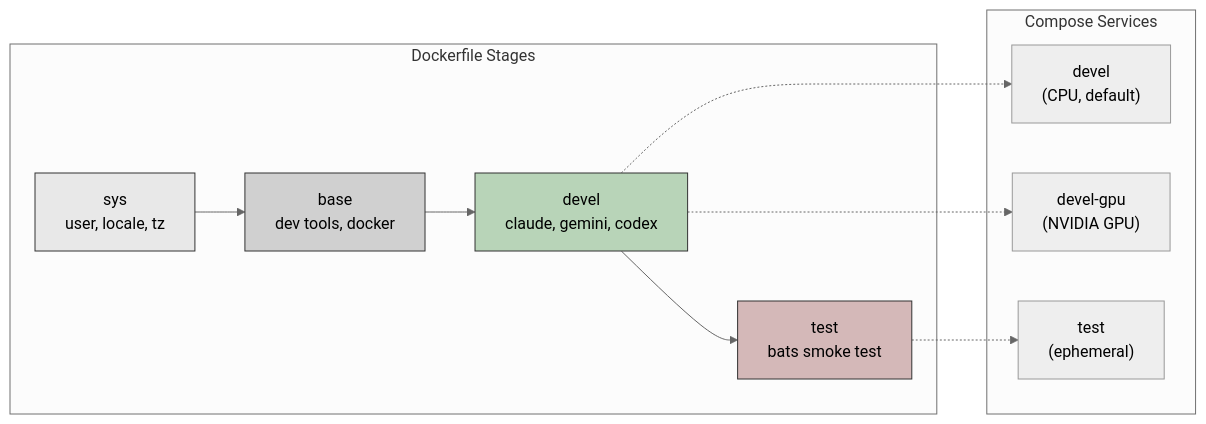
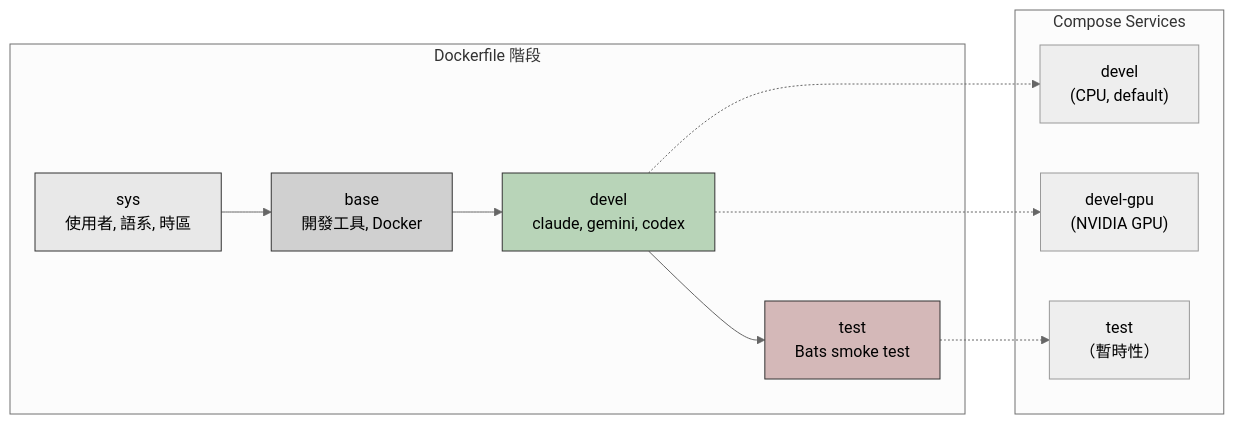
The second of 3 diagrams in doc/README.zh-TW.md (ycpss91255-docker/ai_agent), drawn with Mermaid (neutral theme) before and after one commit. The commit also changed other lines of this file and 2 other files, not shown here.

First line of the commit message:
docs: keep 'smoke test' as proper noun in i18n

````diff
--- a/doc/README.zh-TW.md
+++ b/doc/README.zh-TW.md
@@ -77,26 +77,26 @@
 ```mermaid
 graph LR
-    subgraph "Dockerfile Stages"
-        sys["sys<br/>user, locale, tz"]
-        base["base<br/>dev tools, docker"]
+    subgraph "Dockerfile 階段"
+        sys["sys<br/>使用者, 語系, 時區"]
+        base["base<br/>開發工具, Docker"]
         devel["devel<br/>claude, gemini, codex"]
-        test["test<br/>bats smoke test"]
+        test["test<br/>Bats smoke test"]
     end
 
     sys --> base --> devel --> test
 
     subgraph "Compose Services"
         S_CPU["devel<br/>(CPU, default)"]
         S_GPU["devel-gpu<br/>(NVIDIA GPU)"]
-        S_Test["test<br/>(ephemeral)"]
+        S_Test["test<br/>（暫時性）"]
     end
 
     devel -.-> S_CPU
     devel -.-> S_GPU
     test -.-> S_Test
 
     style sys fill:#e8e8e8,stroke:#333
     style base fill:#d0d0d0,stroke:#333
     style devel fill:#b8d4b8,stroke:#333
     style test fill:#d4b8b8,stroke:#333
 ```
````
